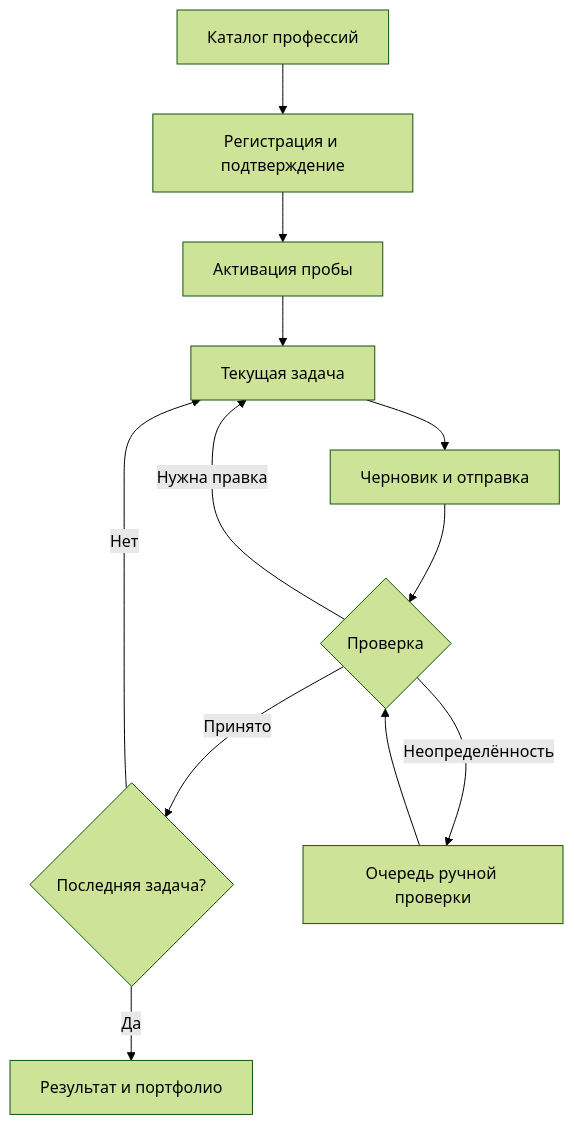
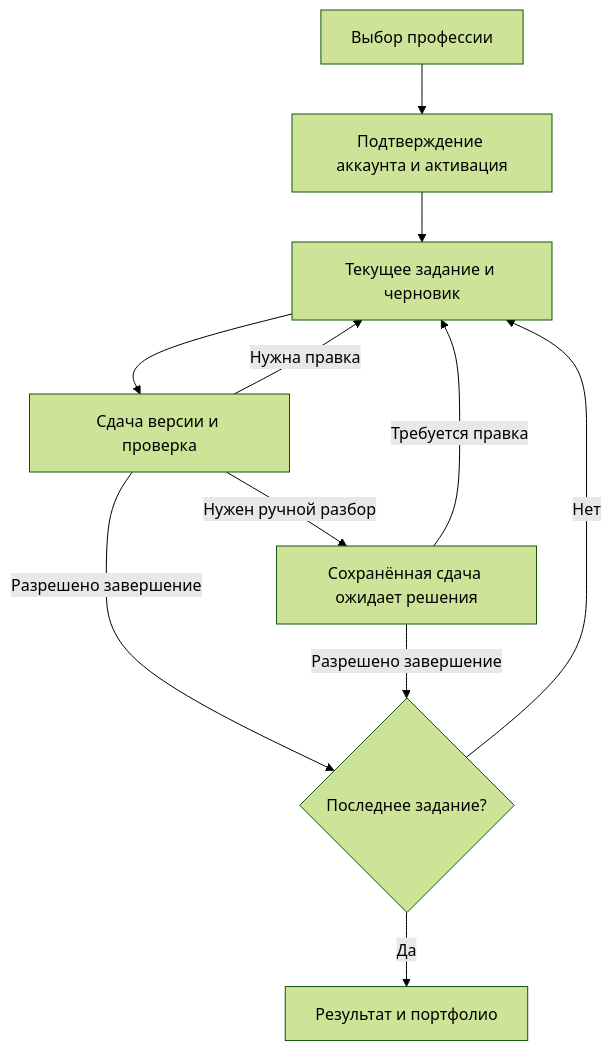
The diagram in docs/02-requirements-and-processes.md (suungenius/PROBA-Portfolio), drawn with Mermaid (forest theme) before and after one commit. The commit also changed other lines of this file and 10 other files, not shown here.

````diff
--- a/docs/02-requirements-and-processes.md
+++ b/docs/02-requirements-and-processes.md
@@ -11,14 +9,13 @@
 ```mermaid
 flowchart TD
-    A[Каталог профессий] --> B[Регистрация и подтверждение]
-    B --> C[Активация пробы]
-    C --> D[Текущая задача]
-    D --> E[Черновик и отправка]
-    E --> F{Проверка}
-    F -->|Принято| G{Последняя задача?}
-    F -->|Нужна правка| D
-    F -->|Неопределённость| H[Очередь ручной проверки]
-    H --> F
-    G -->|Нет| D
-    G -->|Да| I[Результат и портфолио]
+    C["Выбор профессии"] --> A["Подтверждение аккаунта и активация"]
+    A --> D["Текущее задание и черновик"]
+    D --> S["Сдача версии и проверка"]
+    S -->|Нужна правка| D
+    S -->|Нужен ручной разбор| M["Сохранённая сдача ожидает решения"]
+    S -->|Разрешено завершение| P{"Последнее задание?"}
+    M -->|Требуется правка| D
+    M -->|Разрешено завершение| P
+    P -->|Нет| D
+    P -->|Да| R["Результат и портфолио"]
 ```
````
